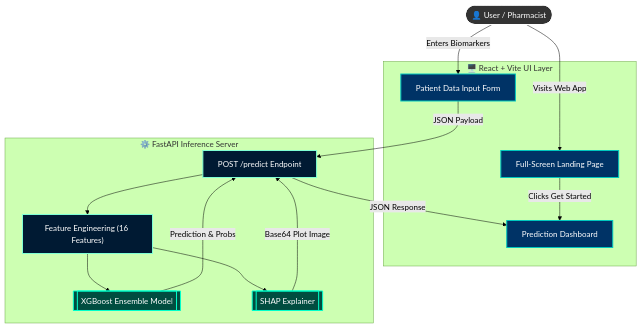
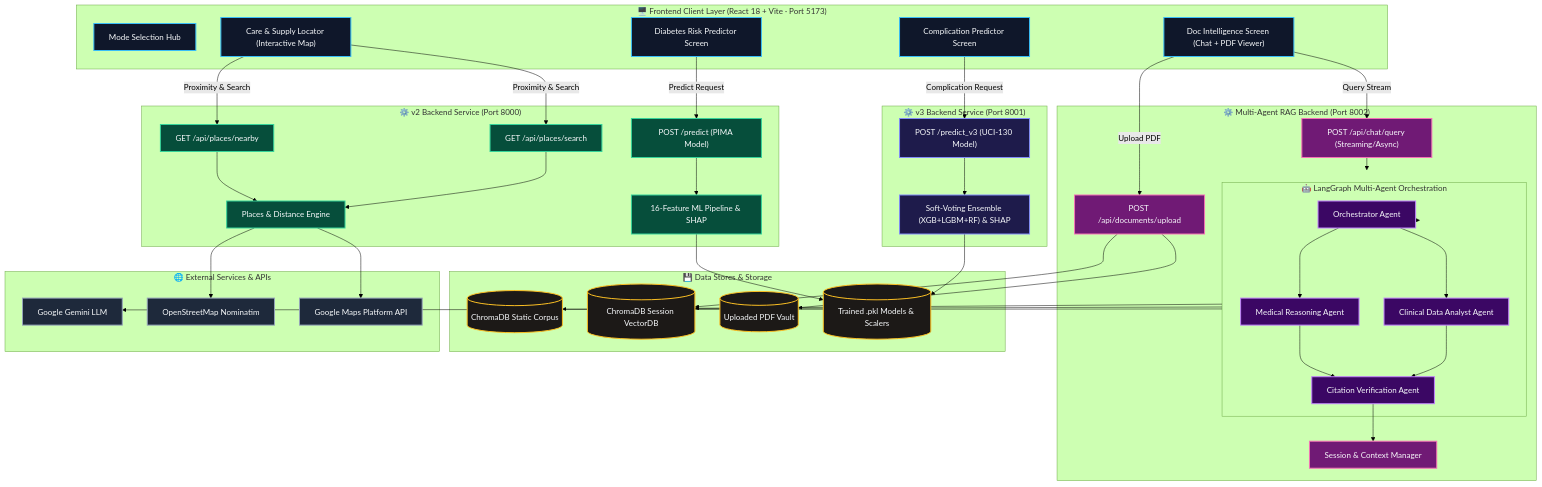
One commit to SihanUdayaratna03/MediStore-Diabetes-Prediction-AI changed the first of 3 diagrams in README.md. Above: the diagram before and after it, drawn with Mermaid (forest theme). The commit also changed other lines of this file, not shown here.

Commit message:
docs: update comprehensive README with architecture diagrams, multi-agent RAG, Care Locator and setup guide

````diff
--- a/README.md
+++ b/README.md
@@ -36,33 +60,83 @@
 ```mermaid
-graph TD
-    classDef frontend fill:#003366,stroke:#00c8be,stroke-width:2px,color:#fff;
-    classDef backend fill:#001a33,stroke:#7fffd4,stroke-width:2px,color:#fff;
-    classDef model fill:#004d40,stroke:#00ffcc,stroke-width:2px,color:#fff;
-    classDef user fill:#333,stroke:#fff,stroke-width:2px,color:#fff;
+graph TB
+    classDef client fill:#0f172a,stroke:#38bdf8,stroke-width:2px,color:#f8fafc;
+    classDef v2API fill:#064e3b,stroke:#34d399,stroke-width:2px,color:#f8fafc;
+    classDef v3API fill:#1e1b4b,stroke:#818cf8,stroke-width:2px,color:#f8fafc;
+    classDef ragAPI fill:#701a75,stroke:#f472b6,stroke-width:2px,color:#f8fafc;
+    classDef agent fill:#3b0764,stroke:#c084fc,stroke-width:2px,color:#f8fafc;
+    classDef store fill:#1c1917,stroke:#fbbf24,stroke-width:2px,color:#f8fafc;
+    classDef external fill:#1e293b,stroke:#94a3b8,stroke-width:2px,color:#f8fafc;
 
-    User(["👤 User / Pharmacist"]):::user
-
-    subgraph Frontend ["🖥️ React + Vite UI Layer"]
-        LandingPage["Full-Screen Landing Page"]:::frontend
-        Dashboard["Prediction Dashboard"]:::frontend
-        Sidebar["Patient Data Input Form"]:::frontend
+    subgraph ClientLayer ["🖥️ Frontend Client Layer (React 18 + Vite · Port 5173)"]
+        UI_Mode["Mode Selection Hub"]:::client
+        UI_V2["Diabetes Risk Predictor Screen"]:::client
+        UI_V3["Complication Predictor Screen"]:::client
+        UI_RAG["Doc Intelligence Screen (Chat + PDF Viewer)"]:::client
+        UI_Map["Care & Supply Locator (Interactive Map)"]:::client
     end
 
-    subgraph Backend ["⚙️ FastAPI Inference Server"]
-        API["POST /predict Endpoint"]:::backend
-        Eng["Feature Engineering (16 Features)"]:::backend
-        XGB[["XGBoost Ensemble Model"]]:::model
-        SHAP[["SHAP Explainer"]]:::model
+    subgraph Backend_V2 ["⚙️ v2 Backend Service (Port 8000)"]
+        V2_Predict["POST /predict (PIMA Model)"]:::v2API
+        V2_Nearby["GET /api/places/nearby"]:::v2API
+        V2_Search["GET /api/places/search"]:::v2API
+        V2_Engine["16-Feature ML Pipeline & SHAP"]:::v2API
+        Places_Service["Places & Distance Engine"]:::v2API
     end
 
-    User -->|"Visits Web App"| LandingPage
-    LandingPage -->|"Clicks Get Started"| Dashboard
-    User -->|"Enters Biomarkers"| Sidebar
-    Sidebar -->|"JSON Payload"| API
-    API --> Eng
-    Eng --> XGB
-    Eng --> SHAP
-    XGB -->|"Prediction & Probs"| API
-    SHAP -->|"Base64 Plot Image"| API
-    API -->|"JSON Response"| Dashboard
+    subgraph Backend_V3 ["⚙️ v3 Backend Service (Port 8001)"]
+        V3_Predict["POST /predict_v3 (UCI-130 Model)"]:::v3API
+        V3_Engine["Soft-Voting Ensemble (XGB+LGBM+RF) & SHAP"]:::v3API
+    end
+
+    subgraph Backend_RAG ["⚙️ Multi-Agent RAG Backend (Port 8002)"]
+        RAG_Upload["POST /api/documents/upload"]:::ragAPI
+        RAG_Query["POST /api/chat/query (Streaming/Async)"]:::ragAPI
+        RAG_Sessions["Session & Context Manager"]:::ragAPI
+        
+        subgraph LangGraph_Engine ["🤖 LangGraph Multi-Agent Orchestration"]
+            Agent_Orch["Orchestrator Agent"]:::agent
+            Agent_Reason["Medical Reasoning Agent"]:::agent
+            Agent_Analyst["Clinical Data Analyst Agent"]:::agent
+            Agent_Verify["Citation Verification Agent"]:::agent
+        end
+    end
+
+    subgraph DataStores ["💾 Data Stores & Storage"]
+        Chroma_Static[("ChromaDB Static Corpus")]:::store
+        Chroma_Session[("ChromaDB Session VectorDB")]:::store
+        Disk_Uploads[("Uploaded PDF Vault")]:::store
+        ML_Artifacts[("Trained .pkl Models & Scalers")]:::store
+    end
+
+    subgraph External_Services ["🌐 External Services & APIs"]
+        Gemini_API["Google Gemini LLM"]:::external
+        OSM_Nominatim["OpenStreetMap Nominatim"]:::external
+        Google_Maps_API["Google Maps Platform API"]:::external
+    end
+
+    %% Client to Backend Routes
+    UI_V2 -->|"Predict Request"| V2_Predict
+    UI_Map -->|"Proximity & Search"| V2_Nearby & V2_Search
+    UI_V3 -->|"Complication Request"| V3_Predict
+    UI_RAG -->|"Upload PDF"| RAG_Upload
+    UI_RAG -->|"Query Stream"| RAG_Query
+
+    %% V2 Internal
+    V2_Predict --> V2_Engine --> ML_Artifacts
+    V2_Nearby & V2_Search --> Places_Service
+    Places_Service --> OSM_Nominatim & Google_Maps_API
+
+    %% V3 Internal
+    V3_Predict --> V3_Engine --> ML_Artifacts
+
+    %% RAG Internal
+    RAG_Upload --> Disk_Uploads
+    RAG_Upload --> Chroma_Session
+    RAG_Query --> LangGraph_Engine
+    LangGraph_Engine --> Agent_Orch
+    Agent_Orch --> Agent_Reason & Agent_Analyst
+    Agent_Reason & Agent_Analyst --> Agent_Verify
+    Agent_Verify --> RAG_Sessions
+    LangGraph_Engine --> Chroma_Static & Chroma_Session
+    LangGraph_Engine --> Gemini_API
 ```
````
